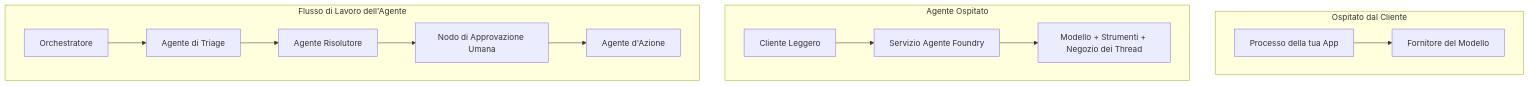
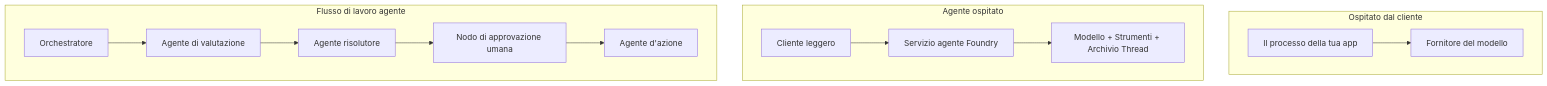
The first of 4 diagrams in mirrors/repos/microsoft@ai-agents-for-beginners/translations/it/16-deploying-scalable-agents/README.md (gabrielmoreira/agent-skills-mirror), drawn with Mermaid before and after one commit. The commit also changed other lines of this file and 4262 other files, not shown here.

````diff
--- a/mirrors/repos/microsoft@ai-agents-for-beginners/translations/it/16-deploying-scalable-agents/README.md
+++ b/mirrors/repos/microsoft@ai-agents-for-beginners/translations/it/16-deploying-scalable-agents/README.md
@@ -87,16 +87,16 @@
 ```mermaid
 flowchart TB
-    subgraph P1[Ospitato dal Cliente]
-        A1[Processo della tua App] --> M1[Fornitore del Modello]
+    subgraph P1[Ospitato dal cliente]
+        A1[Il processo della tua app] --> M1[Fornitore del modello]
     end
-    subgraph P2[Agente Ospitato]
-        A2[Cliente Leggero] --> F2[Servizio Agente Foundry]
-        F2 --> M2[Modello + Strumenti + Negozio dei Thread]
+    subgraph P2[Agente ospitato]
+        A2[Cliente leggero] --> F2[Servizio agente Foundry]
+        F2 --> M2[Modello + Strumenti + Archivio Thread]
     end
-    subgraph P3[Flusso di Lavoro dell'Agente]
-        A3[Orchestratore] --> S1[Agente di Triage]
-        S1 --> S2[Agente Risolutore]
-        S2 --> H[Nodo di Approvazione Umana]
-        H --> S3[Agente d'Azione]
+    subgraph P3[Flusso di lavoro agente]
+        A3[Orchestratore] --> S1[Agente di valutazione]
+        S1 --> S2[Agente risolutore]
+        S2 --> H[Nodo di approvazione umana]
+        H --> S3[Agente d'azione]
     end
 ```
````
